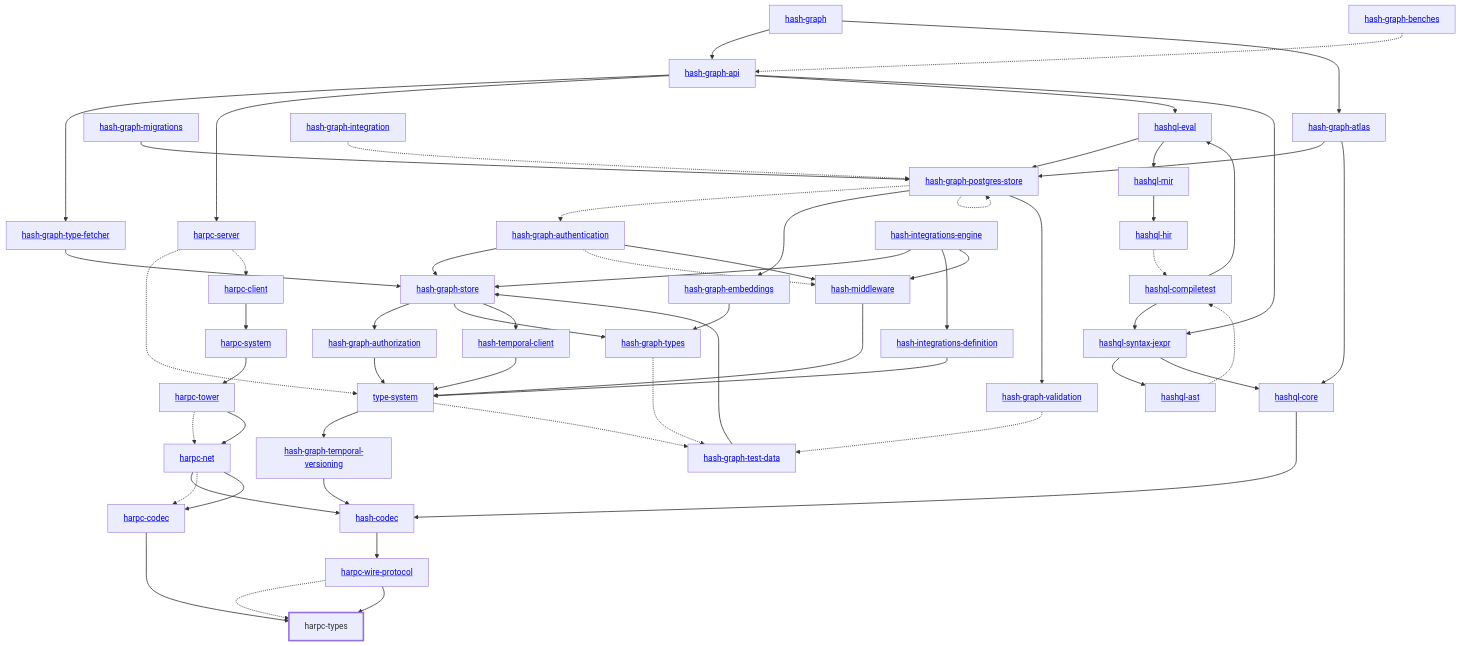
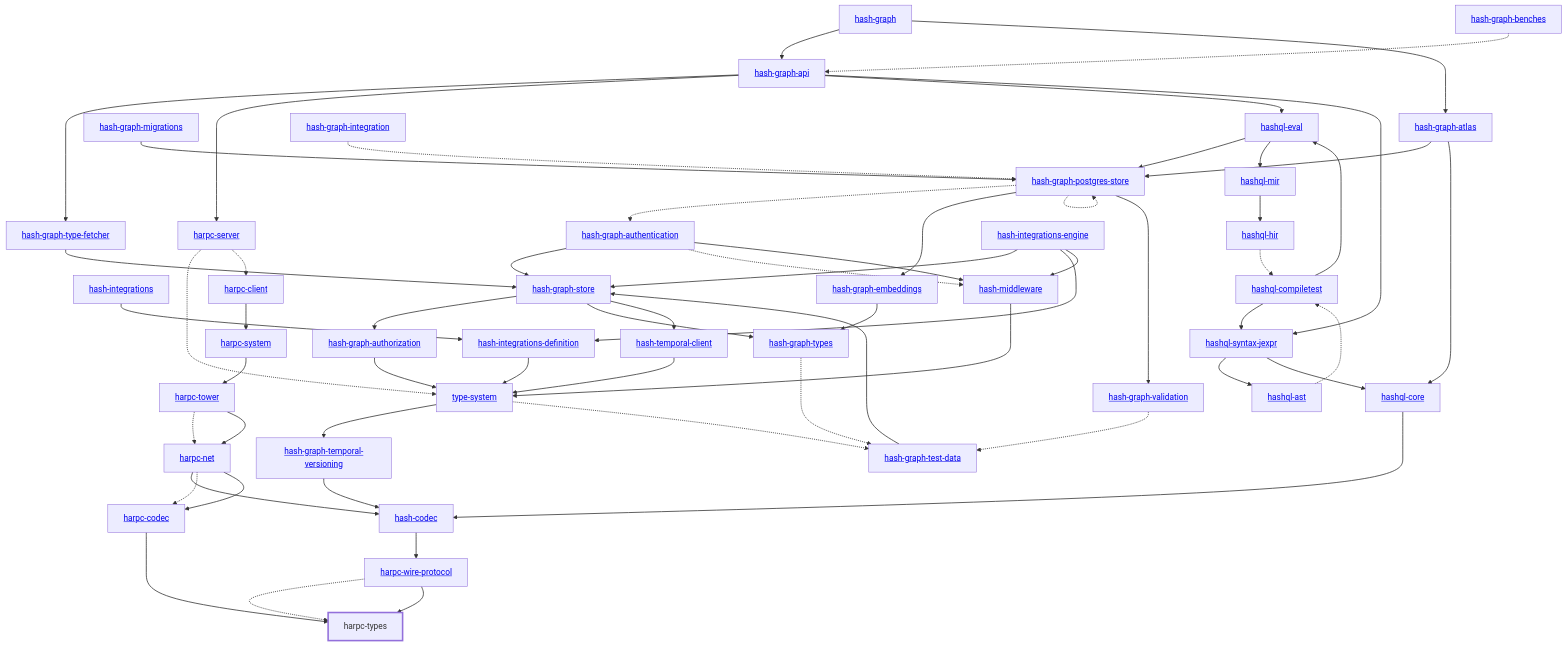
The diagram in libs/@local/harpc/types/docs/dependency-diagram.mmd (hashintel/hash), drawn with Mermaid before and after one commit. The commit also changed 17 other files, not shown here.

```diff
--- a/libs/@local/harpc/types/docs/dependency-diagram.mmd
+++ b/libs/@local/harpc/types/docs/dependency-diagram.mmd
@@ -1,107 +1,109 @@
 graph TD
     linkStyle default stroke-width:1.5px
     classDef default stroke-width:1px
     classDef root stroke-width:3px
     classDef dev stroke-width:1px
     classDef build stroke-width:1px
     %% Legend
     %% --> : Normal dependency
     %% -.-> : Dev dependency
     %% ---> : Build dependency
     0[<a href="../hash_graph/index.html">hash-graph</a>]
-    1[<a href="../type_system/index.html">type-system</a>]
-    2[<a href="../hash_codec/index.html">hash-codec</a>]
-    3[<a href="../hash_graph_api/index.html">hash-graph-api</a>]
-    4[<a href="../hash_graph_atlas/index.html">hash-graph-atlas</a>]
-    5[<a href="../hash_graph_authentication/index.html">hash-graph-authentication</a>]
-    6[<a href="../hash_graph_authorization/index.html">hash-graph-authorization</a>]
-    7[<a href="../hash_graph_embeddings/index.html">hash-graph-embeddings</a>]
-    8[<a href="../hash_graph_migrations/index.html">hash-graph-migrations</a>]
-    9[<a href="../hash_graph_postgres_store/index.html">hash-graph-postgres-store</a>]
-    10[<a href="../hash_graph_store/index.html">hash-graph-store</a>]
-    11[<a href="../hash_graph_temporal_versioning/index.html">hash-graph-temporal-versioning</a>]
-    12[<a href="../hash_graph_type_fetcher/index.html">hash-graph-type-fetcher</a>]
-    13[<a href="../hash_graph_types/index.html">hash-graph-types</a>]
-    14[<a href="../hash_graph_validation/index.html">hash-graph-validation</a>]
-    15[<a href="../harpc_client/index.html">harpc-client</a>]
-    16[<a href="../harpc_codec/index.html">harpc-codec</a>]
-    17[<a href="../harpc_net/index.html">harpc-net</a>]
-    18[<a href="../harpc_server/index.html">harpc-server</a>]
-    19[<a href="../harpc_system/index.html">harpc-system</a>]
-    20[<a href="../harpc_tower/index.html">harpc-tower</a>]
-    21[harpc-types]
-    class 21 root
-    22[<a href="../harpc_wire_protocol/index.html">harpc-wire-protocol</a>]
-    23[<a href="../hashql_ast/index.html">hashql-ast</a>]
-    24[<a href="../hashql_compiletest/index.html">hashql-compiletest</a>]
-    25[<a href="../hashql_core/index.html">hashql-core</a>]
-    26[<a href="../hashql_eval/index.html">hashql-eval</a>]
-    27[<a href="../hashql_hir/index.html">hashql-hir</a>]
-    28[<a href="../hashql_mir/index.html">hashql-mir</a>]
-    29[<a href="../hashql_syntax_jexpr/index.html">hashql-syntax-jexpr</a>]
-    30[<a href="../hash_integrations_definition/index.html">hash-integrations-definition</a>]
-    31[<a href="../hash_integrations_engine/index.html">hash-integrations-engine</a>]
-    32[<a href="../hash_middleware/index.html">hash-middleware</a>]
-    33[<a href="../hash_temporal_client/index.html">hash-temporal-client</a>]
-    34[<a href="../hash_graph_benches/index.html">hash-graph-benches</a>]
-    35[<a href="../hash_graph_integration/index.html">hash-graph-integration</a>]
-    36[<a href="../hash_graph_test_data/index.html">hash-graph-test-data</a>]
-    0 --> 3
+    1[<a href="../hash_integrations/index.html">hash-integrations</a>]
+    2[<a href="../type_system/index.html">type-system</a>]
+    3[<a href="../hash_codec/index.html">hash-codec</a>]
+    4[<a href="../hash_graph_api/index.html">hash-graph-api</a>]
+    5[<a href="../hash_graph_atlas/index.html">hash-graph-atlas</a>]
+    6[<a href="../hash_graph_authentication/index.html">hash-graph-authentication</a>]
+    7[<a href="../hash_graph_authorization/index.html">hash-graph-authorization</a>]
+    8[<a href="../hash_graph_embeddings/index.html">hash-graph-embeddings</a>]
+    9[<a href="../hash_graph_migrations/index.html">hash-graph-migrations</a>]
+    10[<a href="../hash_graph_postgres_store/index.html">hash-graph-postgres-store</a>]
+    11[<a href="../hash_graph_store/index.html">hash-graph-store</a>]
+    12[<a href="../hash_graph_temporal_versioning/index.html">hash-graph-temporal-versioning</a>]
+    13[<a href="../hash_graph_type_fetcher/index.html">hash-graph-type-fetcher</a>]
+    14[<a href="../hash_graph_types/index.html">hash-graph-types</a>]
+    15[<a href="../hash_graph_validation/index.html">hash-graph-validation</a>]
+    16[<a href="../harpc_client/index.html">harpc-client</a>]
+    17[<a href="../harpc_codec/index.html">harpc-codec</a>]
+    18[<a href="../harpc_net/index.html">harpc-net</a>]
+    19[<a href="../harpc_server/index.html">harpc-server</a>]
+    20[<a href="../harpc_system/index.html">harpc-system</a>]
+    21[<a href="../harpc_tower/index.html">harpc-tower</a>]
+    22[harpc-types]
+    class 22 root
+    23[<a href="../harpc_wire_protocol/index.html">harpc-wire-protocol</a>]
+    24[<a href="../hashql_ast/index.html">hashql-ast</a>]
+    25[<a href="../hashql_compiletest/index.html">hashql-compiletest</a>]
+    26[<a href="../hashql_core/index.html">hashql-core</a>]
+    27[<a href="../hashql_eval/index.html">hashql-eval</a>]
+    28[<a href="../hashql_hir/index.html">hashql-hir</a>]
+    29[<a href="../hashql_mir/index.html">hashql-mir</a>]
+    30[<a href="../hashql_syntax_jexpr/index.html">hashql-syntax-jexpr</a>]
+    31[<a href="../hash_integrations_definition/index.html">hash-integrations-definition</a>]
+    32[<a href="../hash_integrations_engine/index.html">hash-integrations-engine</a>]
+    33[<a href="../hash_middleware/index.html">hash-middleware</a>]
+    34[<a href="../hash_temporal_client/index.html">hash-temporal-client</a>]
+    35[<a href="../hash_graph_benches/index.html">hash-graph-benches</a>]
+    36[<a href="../hash_graph_integration/index.html">hash-graph-integration</a>]
+    37[<a href="../hash_graph_test_data/index.html">hash-graph-test-data</a>]
     0 --> 4
-    1 --> 11
-    1 -.-> 36
-    2 --> 22
-    3 --> 12
-    3 --> 18
-    3 --> 26
-    3 --> 29
-    4 --> 9
-    4 --> 25
+    0 --> 5
+    1 --> 31
+    2 --> 12
+    2 -.-> 37
+    3 --> 23
+    4 --> 13
+    4 --> 19
+    4 --> 27
+    4 --> 30
     5 --> 10
-    5 -.-> 32
-    5 --> 32
-    6 --> 1
-    7 --> 13
-    8 --> 9
-    9 -.-> 5
-    9 --> 7
-    9 -.-> 9
-    9 --> 14
-    10 --> 6
-    10 --> 13
-    10 --> 33
-    11 --> 2
-    12 --> 10
-    13 -.-> 36
-    14 -.-> 36
-    15 --> 19
-    16 --> 21
-    17 --> 2
-    17 -.-> 16
-    17 --> 16
-    18 -.-> 1
-    18 -.-> 15
-    19 --> 20
-    20 -.-> 17
-    20 --> 17
-    22 -.-> 21
-    22 --> 21
-    23 -.-> 24
-    24 --> 26
-    24 --> 29
-    25 --> 2
-    26 --> 9
-    26 --> 28
-    27 -.-> 24
-    28 --> 27
-    29 --> 23
-    29 --> 25
-    30 --> 1
-    31 --> 10
-    31 --> 30
-    31 --> 32
-    32 --> 1
-    33 --> 1
-    34 -.-> 3
-    35 -.-> 9
-    36 --> 10
+    5 --> 26
+    6 --> 11
+    6 -.-> 33
+    6 --> 33
+    7 --> 2
+    8 --> 14
+    9 --> 10
+    10 -.-> 6
+    10 --> 8
+    10 -.-> 10
+    10 --> 15
+    11 --> 7
+    11 --> 14
+    11 --> 34
+    12 --> 3
+    13 --> 11
+    14 -.-> 37
+    15 -.-> 37
+    16 --> 20
+    17 --> 22
+    18 --> 3
+    18 -.-> 17
+    18 --> 17
+    19 -.-> 2
+    19 -.-> 16
+    20 --> 21
+    21 -.-> 18
+    21 --> 18
+    23 -.-> 22
+    23 --> 22
+    24 -.-> 25
+    25 --> 27
+    25 --> 30
+    26 --> 3
+    27 --> 10
+    27 --> 29
+    28 -.-> 25
+    29 --> 28
+    30 --> 24
+    30 --> 26
+    31 --> 2
+    32 --> 11
+    32 --> 31
+    32 --> 33
+    33 --> 2
+    34 --> 2
+    35 -.-> 4
+    36 -.-> 10
+    37 --> 11
```
